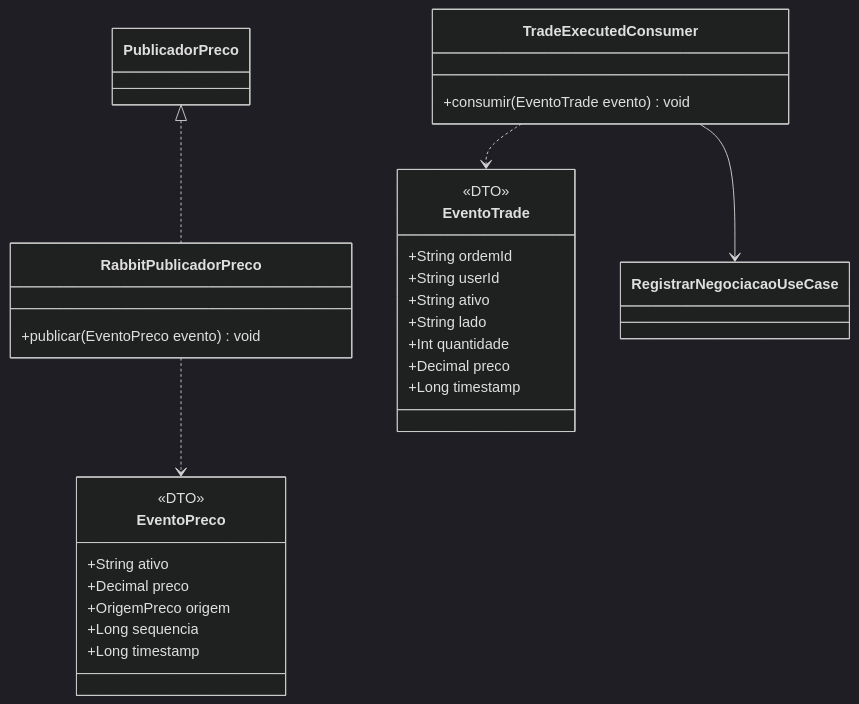
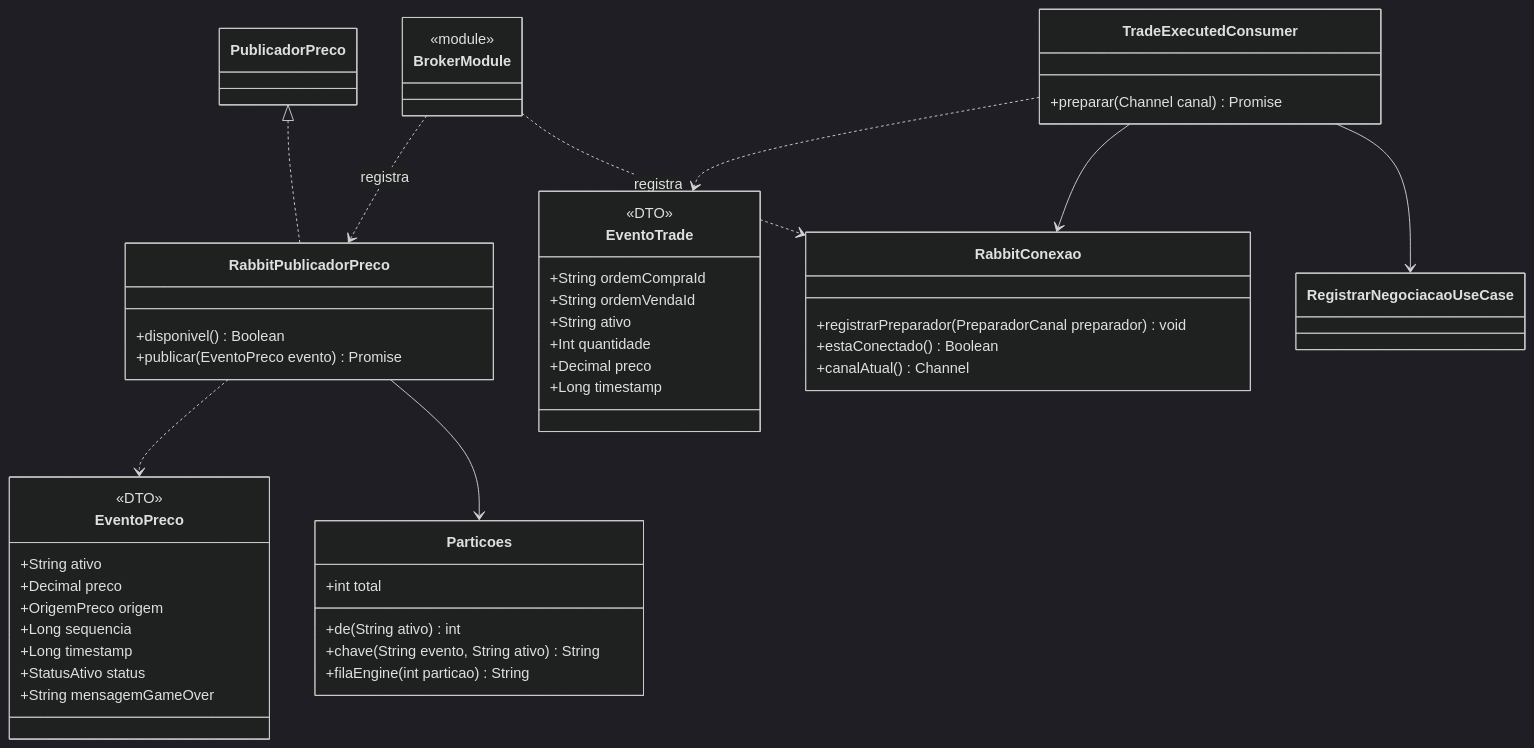
The sixth of 6 diagrams in P1/especificação de mercado/Diagrama de classes - market data.md (ysrael12/CruelMarketLTDA), drawn with Mermaid (dark theme) before and after one commit. The commit also changed other lines of this file and 51 other files, not shown here.

````diff
--- a/P1/especificação de mercado/Diagrama de classes - market data.md
+++ b/P1/especificação de mercado/Diagrama de classes - market data.md
@@ -379,36 +452,59 @@
 ```mermaid
 classDiagram
+  class BrokerModule {
+    <<module>>
+  }
+
+  class Particoes {
+    +int total
+    +de(String ativo) int
+    +chave(String evento, String ativo) String
+    +filaEngine(int particao) String
+  }
+
+  class RabbitConexao {
+    +registrarPreparador(PreparadorCanal preparador) void
+    +estaConectado() Boolean
+    +canalAtual() Channel
+  }
+
   class TradeExecutedConsumer {
-    +consumir(EventoTrade evento) void
+    +preparar(Channel canal) Promise
   }
 
   class RabbitPublicadorPreco {
-    +publicar(EventoPreco evento) void
+    +disponivel() Boolean
+    +publicar(EventoPreco evento) Promise
   }
 
   class EventoTrade {
     <<DTO>>
-    +String ordemId
-    +String userId
+    +String ordemCompraId
+    +String ordemVendaId
     +String ativo
-    +String lado
     +Int quantidade
     +Decimal preco
     +Long timestamp
   }
 
   class EventoPreco {
     <<DTO>>
     +String ativo
     +Decimal preco
     +OrigemPreco origem
     +Long sequencia
     +Long timestamp
+    +StatusAtivo status
+    +String mensagemGameOver
   }
 
+  BrokerModule ..> RabbitConexao : registra
+  BrokerModule ..> RabbitPublicadorPreco : registra
+  PublicadorPreco <|.. RabbitPublicadorPreco
+  RabbitPublicadorPreco --> Particoes
+  RabbitPublicadorPreco ..> EventoPreco
+
   TradeExecutedConsumer --> RegistrarNegociacaoUseCase
+  TradeExecutedConsumer --> RabbitConexao
   TradeExecutedConsumer ..> EventoTrade
-
-  PublicadorPreco <|.. RabbitPublicadorPreco
-  RabbitPublicadorPreco ..> EventoPreco
 ```
````
